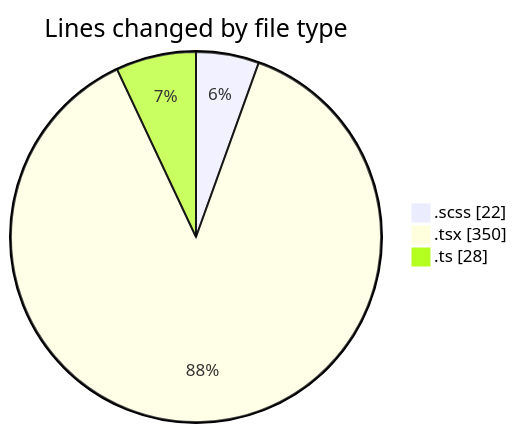
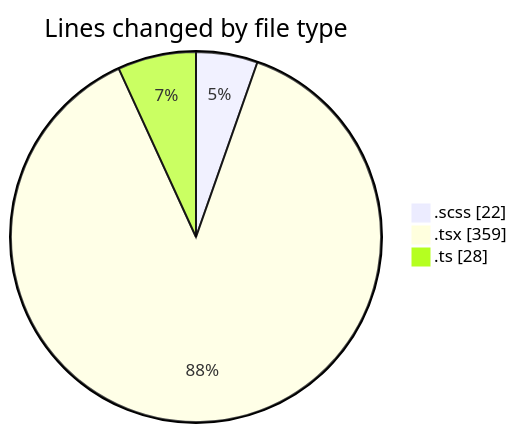
Before and after one commit to momahboobian/code-tracking: the first of 2 diagrams in 2025-02-10/cda/README.md, drawn with Mermaid. The commit also changed other lines of this file and 1 other file, not shown here.

````diff
--- a/2025-02-10/cda/README.md
+++ b/2025-02-10/cda/README.md
@@ -24,7 +24,7 @@
 ```mermaid
 pie showData
 title Lines changed by file type
 ".scss" : 22
-".tsx" : 350
+".tsx" : 359
 ".ts" : 28
 ```
````
